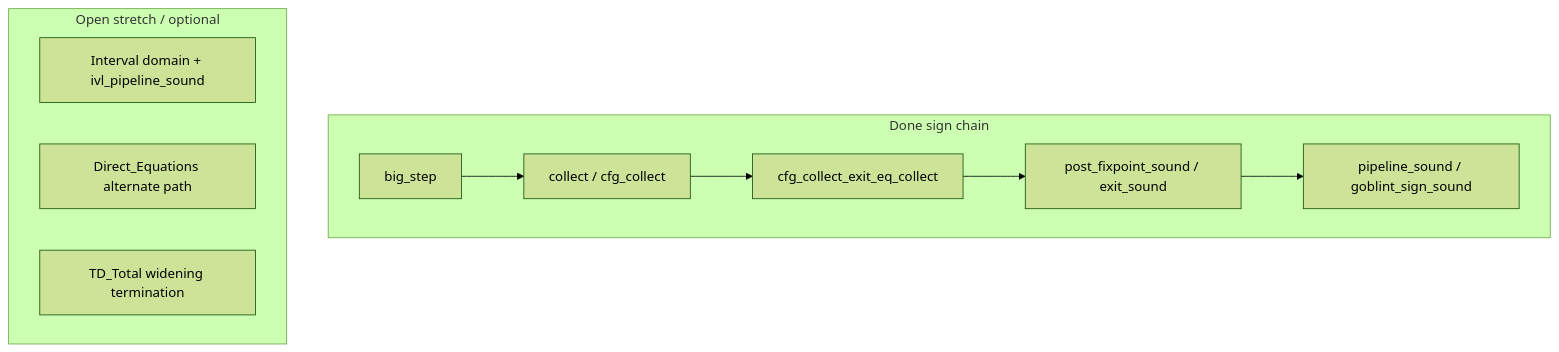
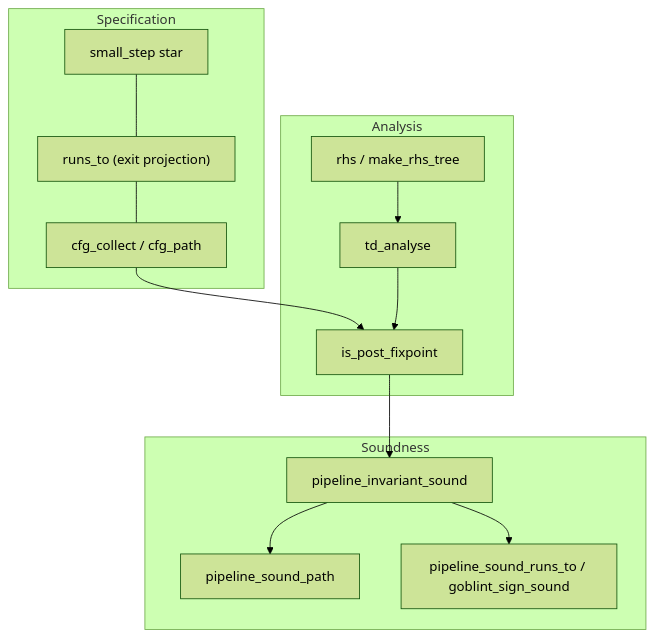
The diagram in docs/PROOF_OVERVIEW.md (ManuelLerchner/Voblint-Verification-Master-Thesis), drawn with Mermaid (forest theme) before and after one commit. The commit also changed other lines of this file and 21 other files, not shown here.

````diff
--- a/docs/PROOF_OVERVIEW.md
+++ b/docs/PROOF_OVERVIEW.md
@@ -45,16 +46,24 @@
 ```mermaid
 flowchart TD
-  subgraph done ["Done sign chain"]
-    BS["big_step"]
-    COL["collect / cfg_collect"]
-    EQ["cfg_collect_exit_eq_collect"]
-    ABS["post_fixpoint_sound / exit_sound"]
-    PS["pipeline_sound / goblint_sign_sound"]
-    BS --> COL --> EQ --> ABS --> PS
+  subgraph spec ["Specification"]
+    CC["cfg_collect / cfg_path"]
+    RT["runs_to (exit projection)"]
+    SS["small_step star"]
+    RT --- CC
+    SS --- RT
   end
-  subgraph open ["Open stretch / optional"]
-    IVL["Interval domain + ivl_pipeline_sound"]
-    DIR["Direct_Equations alternate path"]
-    TOT["TD_Total widening termination"]
+  subgraph analysis ["Analysis"]
+    RHS["rhs / make_rhs_tree"]
+    TD["td_analyse"]
+    PFP["is_post_fixpoint"]
   end
+  subgraph sound ["Soundness"]
+    INV["pipeline_invariant_sound"]
+    PATH["pipeline_sound_path"]
+    EXIT["pipeline_sound_runs_to / goblint_sign_sound"]
+  end
+  CC --> PFP
+  RHS --> TD --> PFP
+  PFP --> INV --> PATH
+  INV --> EXIT
 ```
````
